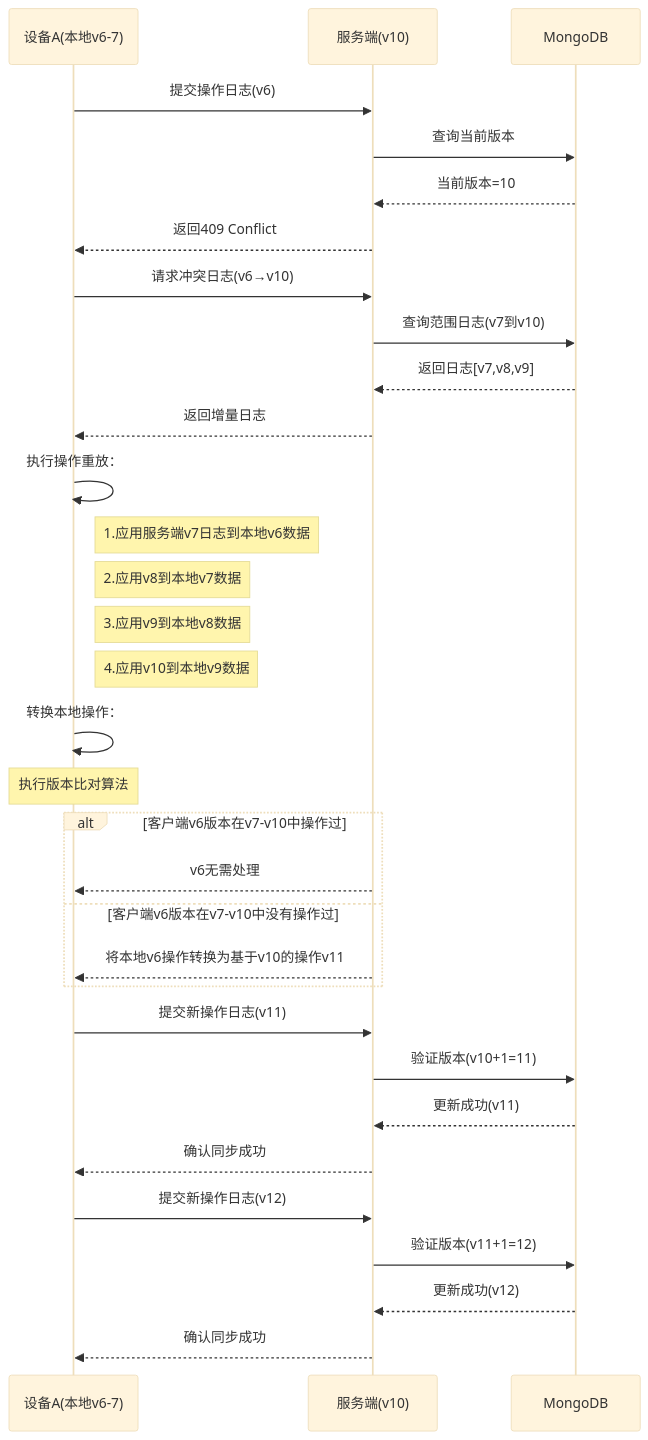
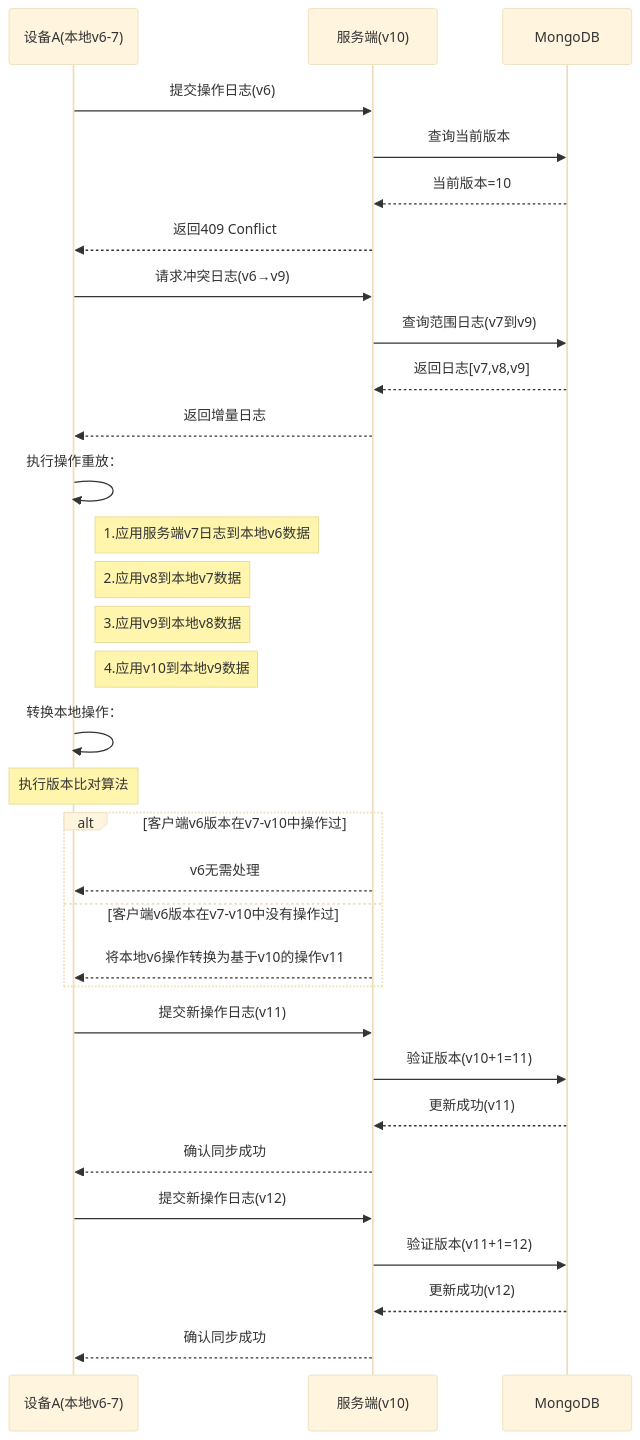
One commit to yingjianzh/iodraw-files changed the diagram in all/未命名-26.md. Above: the diagram before and after it, drawn with Mermaid (base theme).

Commit message:
2025-02-26 16:58:54 update

````diff
--- a/all/未命名-26.md
+++ b/all/未命名-26.md
@@ -1,46 +1,46 @@
 ```mermaid
 sequenceDiagram
     participant A as 设备A(本地v6-7)
     participant S as 服务端(v10)
     participant DB as MongoDB
 
     %% 初始同步尝试
     A->>S: 提交操作日志(v6)
     S->>DB: 查询当前版本
     DB-->>S: 当前版本=10
     S-->>A: 返回409 Conflict
 
     %% 冲突解决阶段
-    A->>S: 请求冲突日志(v6→v10)
-    S->>DB: 查询范围日志(v7到v10)
+    A->>S: 请求冲突日志(v6→v9)
+    S->>DB: 查询范围日志(v7到v9)
     DB-->>S: 返回日志[v7,v8,v9]
     S-->>A: 返回增量日志
 
 
     %% 本地数据重建
     A->>A: 执行操作重放：
     note right of A: 1.应用服务端v7日志到本地v6数据
     note right of A: 2.应用v8到本地v7数据
     note right of A: 3.应用v9到本地v8数据
     note right of A: 4.应用v10到本地v9数据
 
     %% 本地操作转换
     A->>A: 转换本地操作：
     Note over A: 执行版本比对算法
     alt 客户端v6版本在v7-v10中操作过
         S-->>A: v6无需处理
     else 客户端v6版本在v7-v10中没有操作过
         S-->>A: 将本地v6操作转换为基于v10的操作v11
     end
 
     %% 重新提交
     A->>S: 提交新操作日志(v11)
     S->>DB: 验证版本(v10+1=11)
     DB-->>S: 更新成功(v11)
     S-->>A: 确认同步成功
 
     A->>S: 提交新操作日志(v12)
     S->>DB: 验证版本(v11+1=12)
     DB-->>S: 更新成功(v12)
     S-->>A: 确认同步成功
 ```
````
